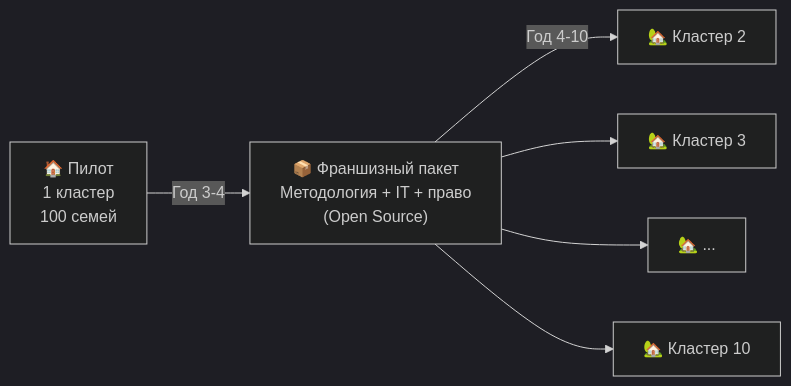
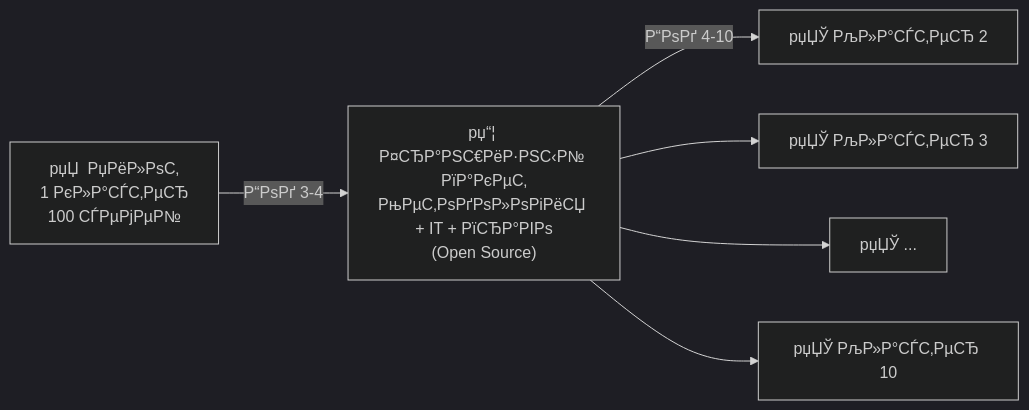
Before and after one commit to NeuroLoft/NEURO-ESTATE: the second of 3 diagrams in ТЭО_Родовое_Поместье_Кейс/ТЭО_Родовое_Поместье_Раздел_9_Организационная_структура.md, drawn with Mermaid (dark theme). The commit also changed other lines of this file and 35 other files, not shown here.

````diff
--- a/ТЭО_Родовое_Поместье_Кейс/ТЭО_Родовое_Поместье_Раздел_9_Организационная_структура.md
+++ b/ТЭО_Родовое_Поместье_Кейс/ТЭО_Родовое_Поместье_Раздел_9_Организационная_структура.md
@@ -120,8 +133,8 @@
 ```mermaid
 flowchart LR
-    P["🏠 Пилот\n1 кластер\n100 семей"] -->|"Год 3-4"| F["📦 Франшизный пакет\nМетодология + IT + право\n(Open Source)"] 
-    F -->|"Год 4-10"| S1["🏡 Кластер 2"]
-    F --> S2["🏡 Кластер 3"]
-    F --> S3["🏡 ..."]
-    F --> S4["🏡 Кластер 10"]
+    P["рџЏ  РџРёР»РѕС‚\n1 РєР»Р°СЃС‚РµСЂ\n100 СЃРµРјРµР№"] -->|"Р“РѕРґ 3-4"| F["рџ“¦ Р¤СЂР°РЅС€РёР·РЅС‹Р№ РїР°РєРµС‚\nРњРµС‚РѕРґРѕР»РѕРіРёСЏ + IT + РїСЂР°РІРѕ\n(Open Source)"]
+    F -->|"Р“РѕРґ 4-10"| S1["рџЏЎ РљР»Р°СЃС‚РµСЂ 2"]
+    F --> S2["рџЏЎ РљР»Р°СЃС‚РµСЂ 3"]
+    F --> S3["рџЏЎ ..."]
+    F --> S4["рџЏЎ РљР»Р°СЃС‚РµСЂ 10"]
 ```
````
